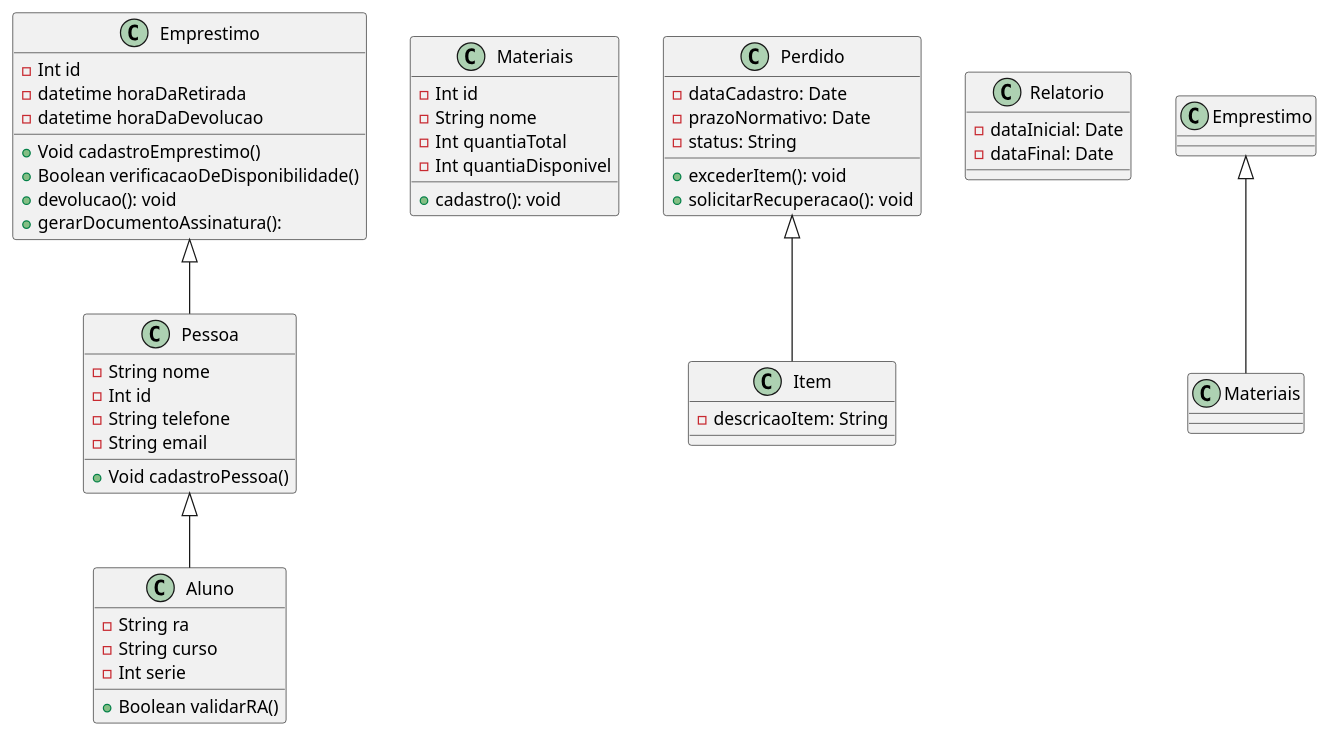
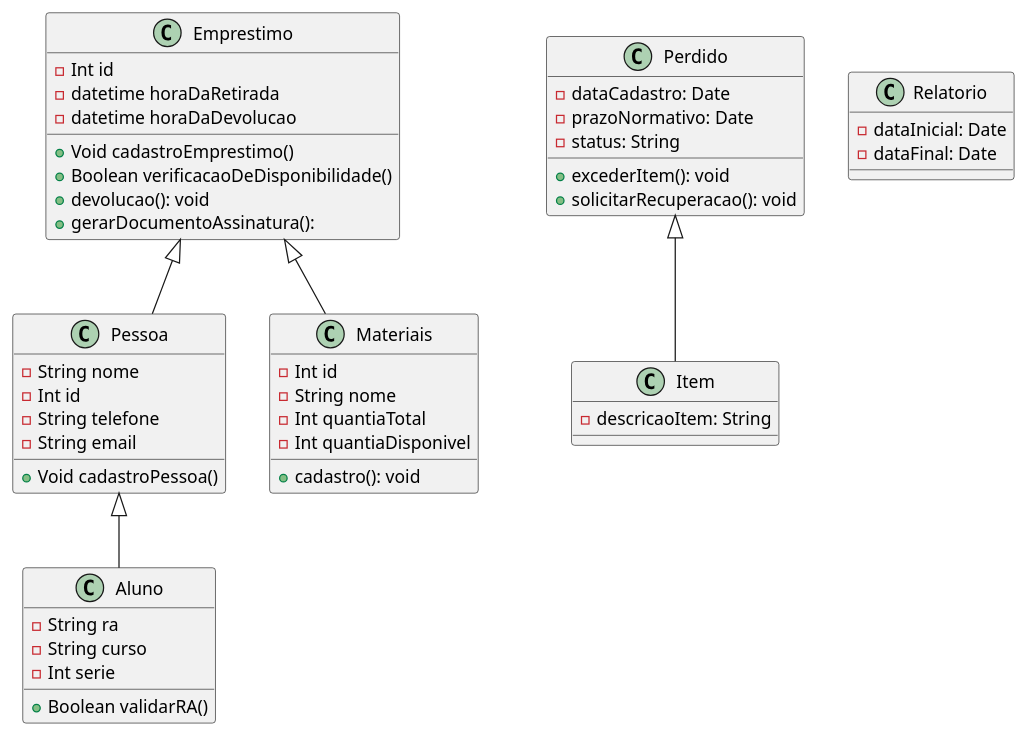
Before and after one commit to danielalvesmoura/APS-Compartilhado: the diagram in diagramaDeClasse.puml, drawn with PlantUML.

```diff
--- a/diagramaDeClasse.puml
+++ b/diagramaDeClasse.puml
@@ -1,63 +1,63 @@
 @startuml   
 
 class "Pessoa" as pes{
     -String nome
     -Int id
     -String telefone
     -String email
 
     +Void cadastroPessoa()
 }
  
 class "Aluno" as alu{
     -String ra
     -String curso
     -Int serie
 
     +Boolean validarRA()
 }
 
 class "Materiais" as mat{
     -Int id
     -String nome
     -Int quantiaTotal
     -Int quantiaDisponivel
 
     +cadastro(): void
 }
 
 class "Emprestimo" as emp{
     -Int id
     -datetime horaDaRetirada
     -datetime horaDaDevolucao
 
     +Void cadastroEmprestimo()
     +Boolean verificacaoDeDisponibilidade()
     +devolucao(): void
     +gerarDocumentoAssinatura(): 
 }
 
 class Perdido {
     -dataCadastro: Date
     -prazoNormativo: Date
     -status: String
     +excederItem(): void
     +solicitarRecuperacao(): void
 }
 
 class Relatorio {
     -dataInicial: Date
     -dataFinal: Date
 }
 
 class Item {
     -descricaoItem: String  
 }
 
 pes <|-- alu
-Emprestimo <|-- Materiais
+emp <|-- mat
 Perdido <|-- Item
 emp <|-- pes
 
 
 @enduml
```
